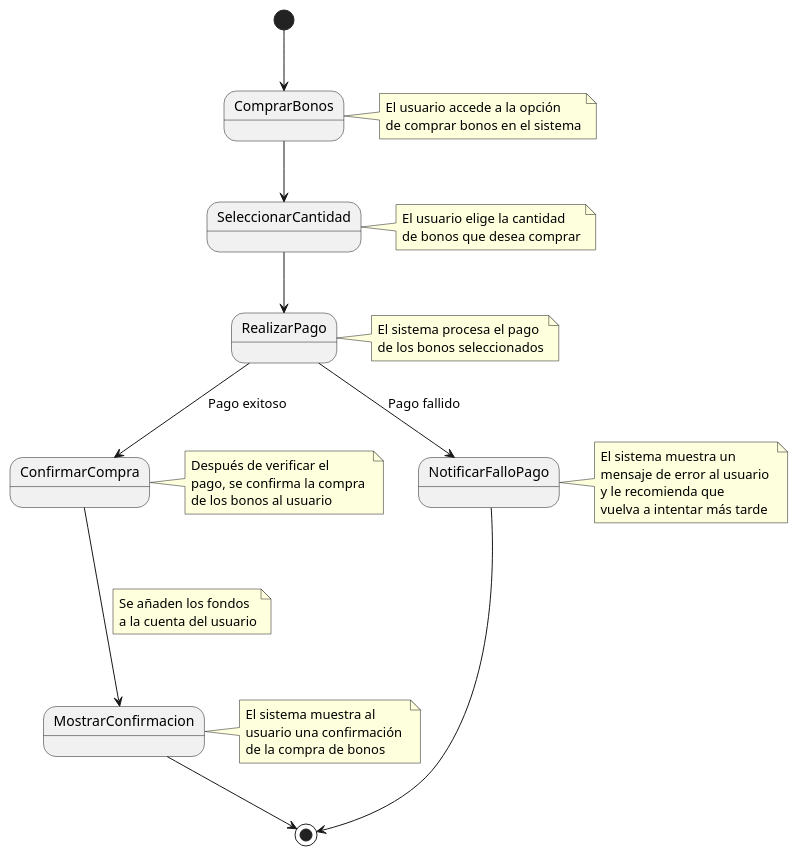
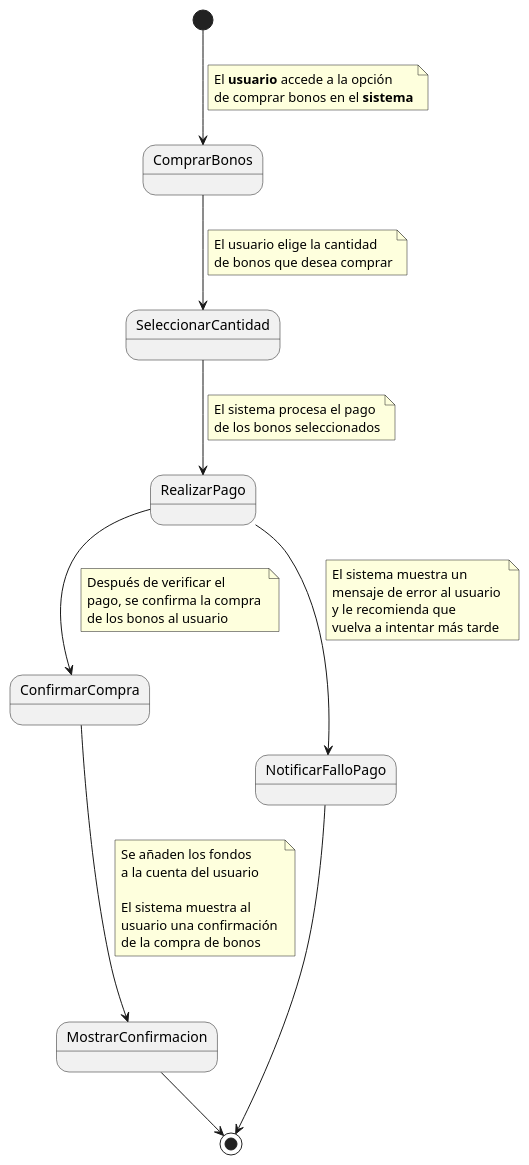
Before and after one commit to pablarce/23-24-IdSw1-SDR: the diagram in CasosDeUso/CduDetallados/CduPagos/ComprarBonos.puml, drawn with PlantUML. The commit also changed 1 other file, not shown here.

Commit message:
Cambios a CDU ComprarBonos

```diff
--- a/CasosDeUso/CduDetallados/CduPagos/ComprarBonos.puml
+++ b/CasosDeUso/CduDetallados/CduPagos/ComprarBonos.puml
@@ -1,51 +1,50 @@
 @startuml
 
 [*] --> ComprarBonos
-note right of ComprarBonos
- El usuario accede a la opción 
- de comprar bonos en el sistema
+note on link
+ El **usuario** accede a la opción 
+ de comprar bonos en el **sistema**
 end note
 
 ComprarBonos --> SeleccionarCantidad
-note right of SeleccionarCantidad
+note on link
  El usuario elige la cantidad 
  de bonos que desea comprar
 end note
 
 SeleccionarCantidad --> RealizarPago
-note right of RealizarPago
+note on link
  El sistema procesa el pago 
  de los bonos seleccionados
 end note
 
-RealizarPago --> ConfirmarCompra : Pago exitoso
-note right of ConfirmarCompra
+RealizarPago --> ConfirmarCompra
+note on link
  Después de verificar el 
  pago, se confirma la compra 
  de los bonos al usuario
 end note
 
 ConfirmarCompra ---> MostrarConfirmacion
 note  on  link
 Se añaden los fondos 
 a la cuenta del usuario
-end note
-note right of MostrarConfirmacion
+
 El sistema muestra al 
 usuario una confirmación 
 de la compra de bonos
 end note
 
-RealizarPago --> NotificarFalloPago : Pago fallido
-note right of NotificarFalloPago
+RealizarPago --> NotificarFalloPago
+note on link
 El sistema muestra un 
 mensaje de error al usuario 
 y le recomienda que 
 vuelva a intentar más tarde
 end note
 
 NotificarFalloPago --> [*]
 
 MostrarConfirmacion --> [*]
 
 @enduml
```
